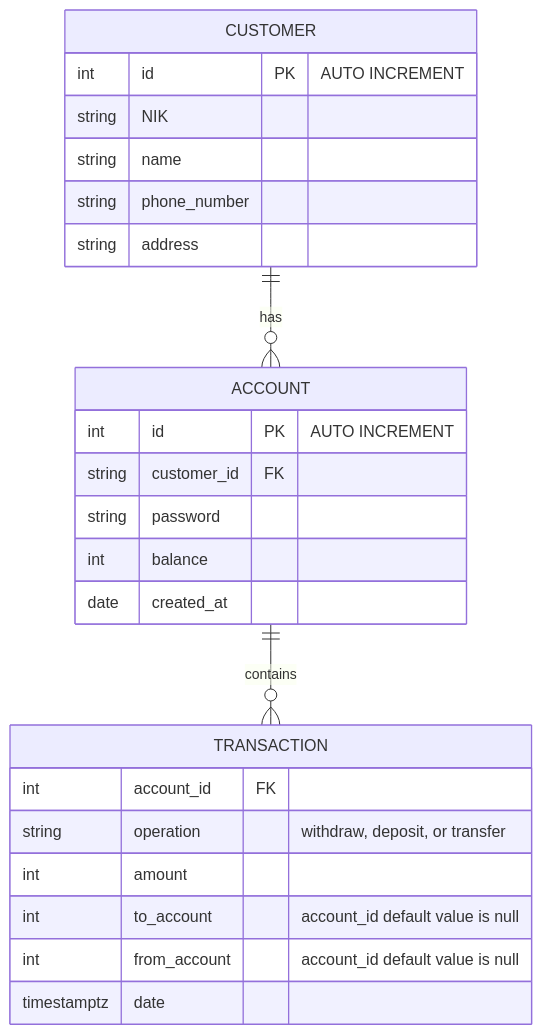
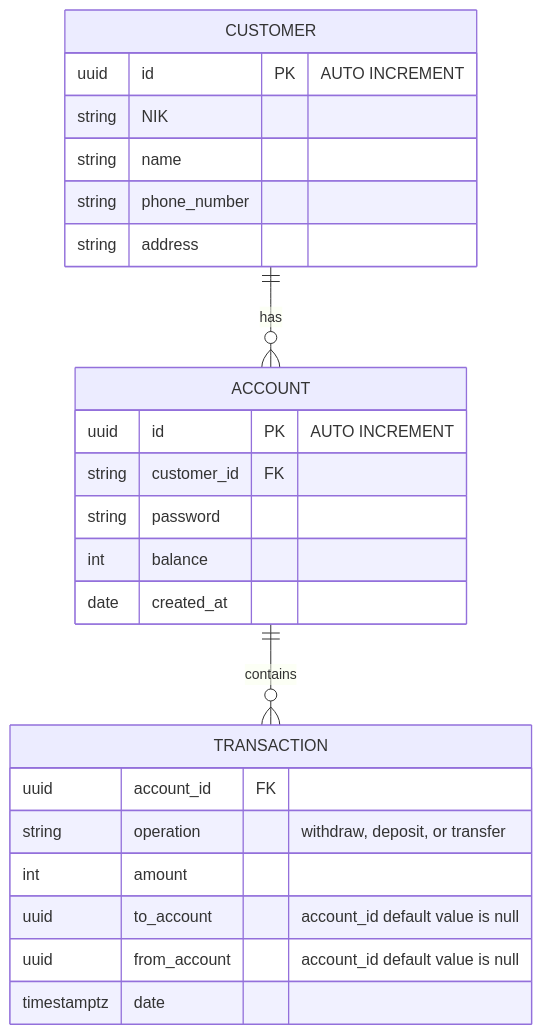
The diagram in README.md (KevinDylanPrayudi/BEJS_fgabatch2_KevinDylanPrayudi_ChallengeChapter3), drawn with Mermaid before and after one commit.

Commit message:
docs(README): PK & FK type data changes

````diff
--- a/README.md
+++ b/README.md
@@ -16,28 +16,28 @@
 ```mermaid
 erDiagram
     CUSTOMER ||--o{ ACCOUNT : has
     CUSTOMER {
-        int id PK "AUTO INCREMENT"
+        uuid id PK "AUTO INCREMENT"
         string NIK
         string name
         string phone_number
         string address
     }
     ACCOUNT ||--o{ TRANSACTION : contains
     ACCOUNT {
-        int id  PK "AUTO INCREMENT"
+        uuid id  PK "AUTO INCREMENT"
         string customer_id  FK
         string password
         int balance
         date created_at
     }
     TRANSACTION {
-        int account_id FK
+        uuid account_id FK
         string operation "withdraw, deposit, or transfer"
         int amount
-        int to_account "account_id default value is null"
-        int from_account "account_id default value is null"
+        uuid to_account "account_id default value is null"
+        uuid from_account "account_id default value is null"
         timestamptz date
     }
 
 ```
````
